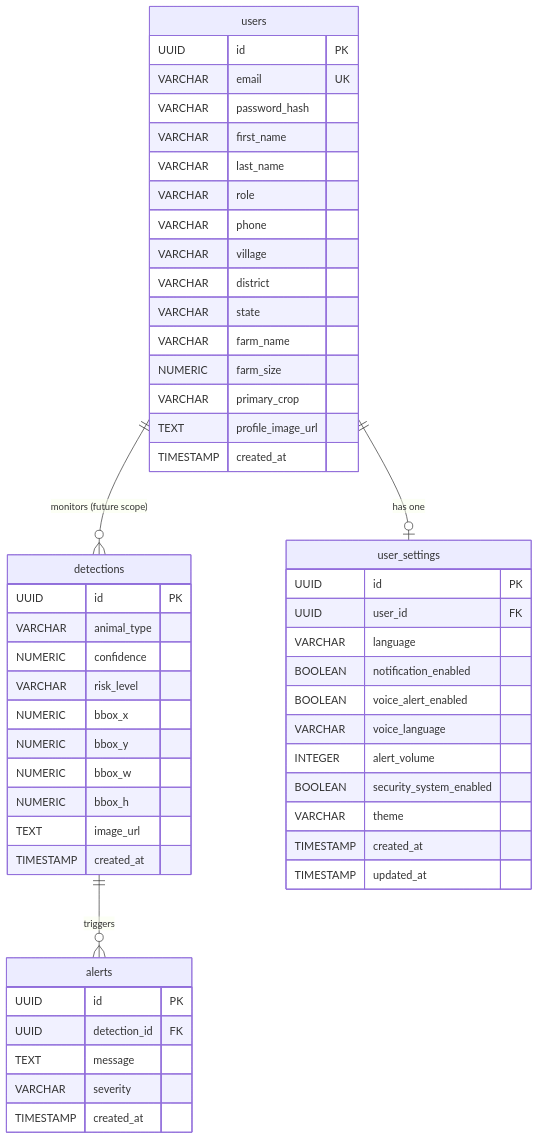
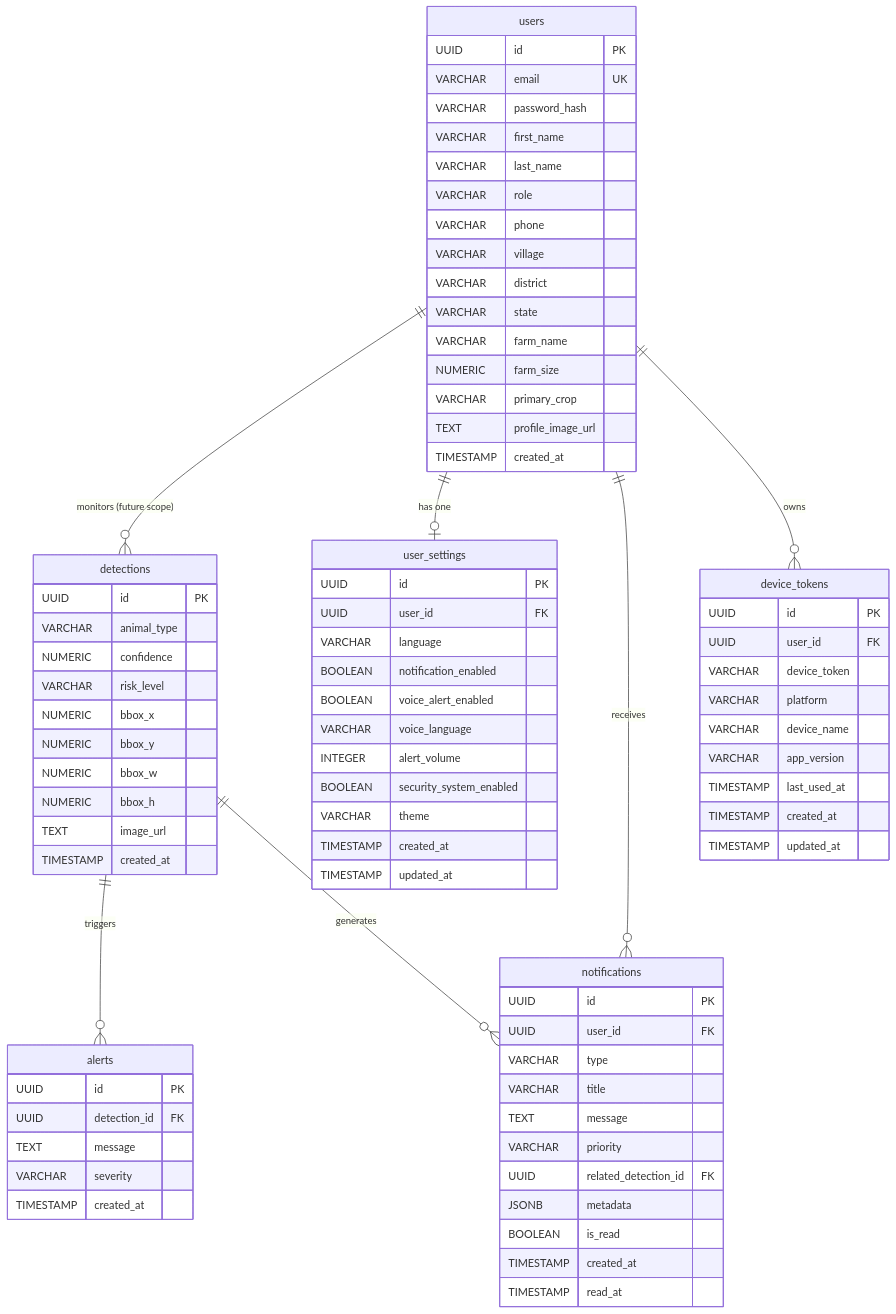
The diagram in backend/docs/database.md (pritjasani08/TETRA043), drawn with Mermaid before and after one commit. The commit also changed 25 other files, not shown here.

```diff
--- a/backend/docs/database.md
+++ b/backend/docs/database.md
@@ -26,7 +26,10 @@
 erDiagram
     users ||--o{ detections : "monitors (future scope)"
     users ||--o| user_settings : "has one"
+    users ||--o{ notifications : "receives"
+    users ||--o{ device_tokens : "owns"
     detections ||--o{ alerts : "triggers"
+    detections ||--o{ notifications : "generates"
 
     users {
         UUID id PK
@@ -60,6 +63,32 @@
         TIMESTAMP updated_at
     }
 
+    device_tokens {
+        UUID id PK
+        UUID user_id FK
+        VARCHAR device_token
+        VARCHAR platform
+        VARCHAR device_name
+        VARCHAR app_version
+        TIMESTAMP last_used_at
+        TIMESTAMP created_at
+        TIMESTAMP updated_at
+    }
+
+    notifications {
+        UUID id PK
+        UUID user_id FK
+        VARCHAR type
+        VARCHAR title
+        TEXT message
+        VARCHAR priority
+        UUID related_detection_id FK
+        JSONB metadata
+        BOOLEAN is_read
+        TIMESTAMP created_at
+        TIMESTAMP read_at
+    }
+
     detections {
         UUID id PK
         VARCHAR animal_type
```
